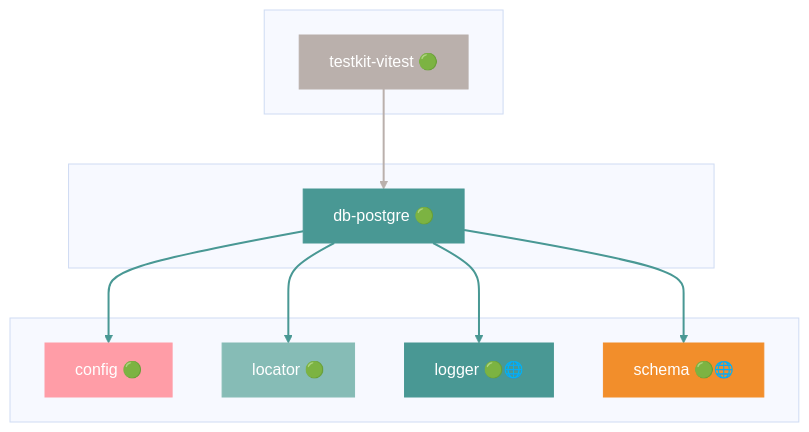
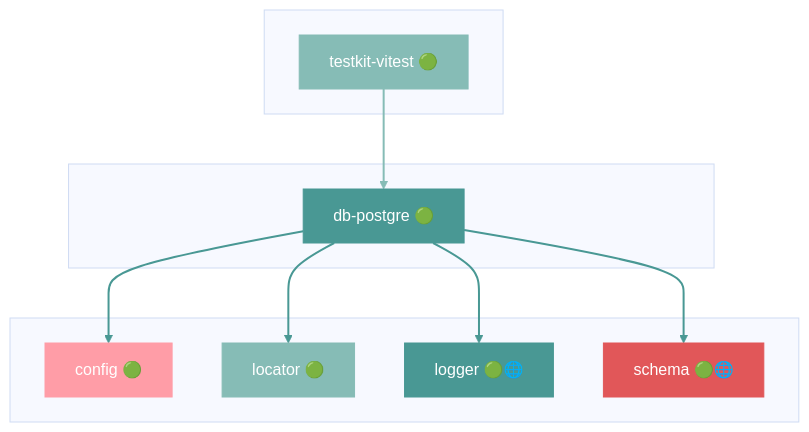
One commit to grest-ts/grest-ts changed diagram 15 of 51 in docs/DEPENDENCIES.md. Above: the diagram before and after it, drawn with Mermaid (base theme). The commit also changed other lines of this file and 24 other files, not shown here.

````diff
--- a/docs/DEPENDENCIES.md
+++ b/docs/DEPENDENCIES.md
@@ -979,31 +981,31 @@
 ```mermaid
 flowchart TB
     subgraph Dependents[" "]
         testkit-vitest["testkit-vitest 🟢"]
     end
     subgraph Package[" "]
         db-postgre["db-postgre 🟢"]
     end
     subgraph Dependencies[" "]
         config["config 🟢"]
         locator["locator 🟢"]
         logger["logger 🟢🌐"]
         schema["schema 🟢🌐"]
     end
     testkit-vitest --> db-postgre
     db-postgre --> config
     db-postgre --> locator
     db-postgre --> logger
     db-postgre --> schema
     style db-postgre fill:#499894,stroke:#499894,color:#fff
-    style testkit-vitest fill:#BAB0AC,stroke:#BAB0AC,color:#fff
+    style testkit-vitest fill:#86BCB6,stroke:#86BCB6,color:#fff
     style config fill:#FF9DA7,stroke:#FF9DA7,color:#fff
     style locator fill:#86BCB6,stroke:#86BCB6,color:#fff
     style logger fill:#499894,stroke:#499894,color:#fff
-    style schema fill:#F28E2B,stroke:#F28E2B,color:#fff
-    linkStyle 0 stroke:#BAB0AC,stroke-width:2px
+    style schema fill:#E15759,stroke:#E15759,color:#fff
+    linkStyle 0 stroke:#86BCB6,stroke-width:2px
     linkStyle 1 stroke:#499894,stroke-width:2px
     linkStyle 2 stroke:#499894,stroke-width:2px
     linkStyle 3 stroke:#499894,stroke-width:2px
     linkStyle 4 stroke:#499894,stroke-width:2px
 ```
````
